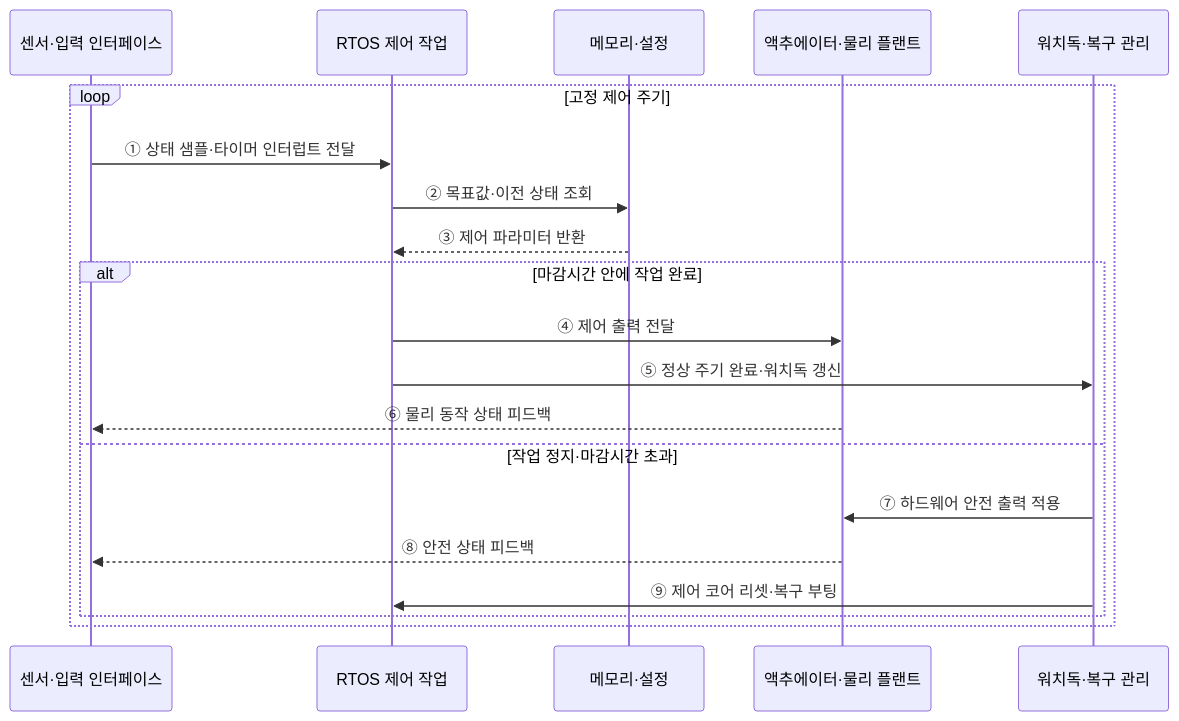
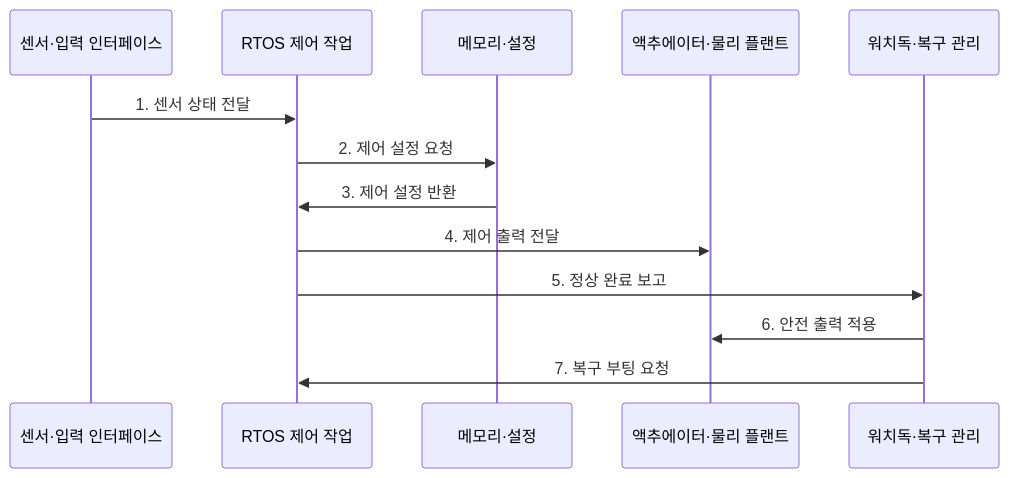
The second of 2 diagrams in src/content/docs/notes/02-hardware/060_embedded_system_architecture.md (agnusdei1207/knowledge-base), drawn with Mermaid before and after one commit. The commit also changed other lines of this file and 20 other files, not shown here.

````diff
--- a/src/content/docs/notes/02-hardware/060_embedded_system_architecture.md
+++ b/src/content/docs/notes/02-hardware/060_embedded_system_architecture.md
@@ -93,23 +94,16 @@
 ```mermaid
 sequenceDiagram
     participant S as 센서·입력 인터페이스
     participant C as RTOS 제어 작업
     participant M as 메모리·설정
     participant O as 액추에이터·물리 플랜트
     participant W as 워치독·복구 관리
 
-    loop 고정 제어 주기
-        S->>C: ① 상태 샘플·타이머 인터럽트 전달
-        C->>M: ② 목표값·이전 상태 조회
-        M-->>C: ③ 제어 파라미터 반환
-        alt 마감시간 안에 작업 완료
-            C->>O: ④ 제어 출력 전달
-            C->>W: ⑤ 정상 주기 완료·워치독 갱신
-            O-->>S: ⑥ 물리 동작 상태 피드백
-        else 작업 정지·마감시간 초과
-            W->>O: ⑦ 하드웨어 안전 출력 적용
-            O-->>S: ⑧ 안전 상태 피드백
-            W->>C: ⑨ 제어 코어 리셋·복구 부팅
-        end
-    end
+    S->>C: 1. 센서 상태 전달
+    C->>M: 2. 제어 설정 요청
+    M->>C: 3. 제어 설정 반환
+    C->>O: 4. 제어 출력 전달
+    C->>W: 5. 정상 완료 보고
+    W->>O: 6. 안전 출력 적용
+    W->>C: 7. 복구 부팅 요청
 ```
````
